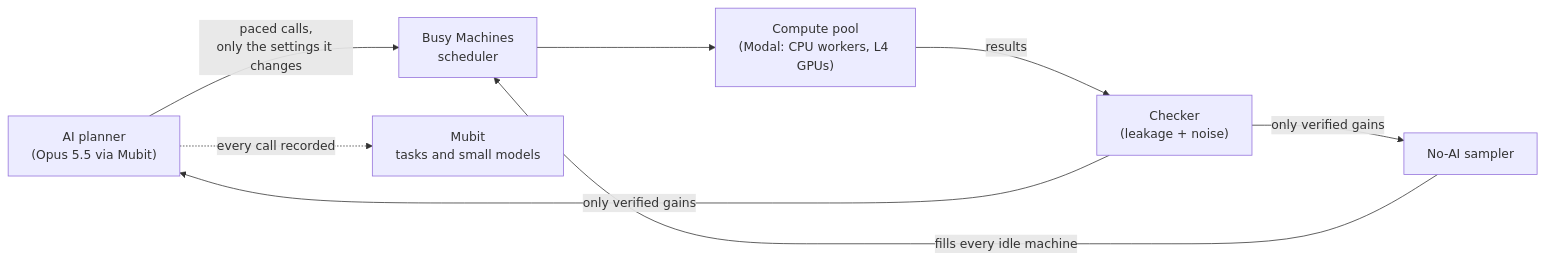
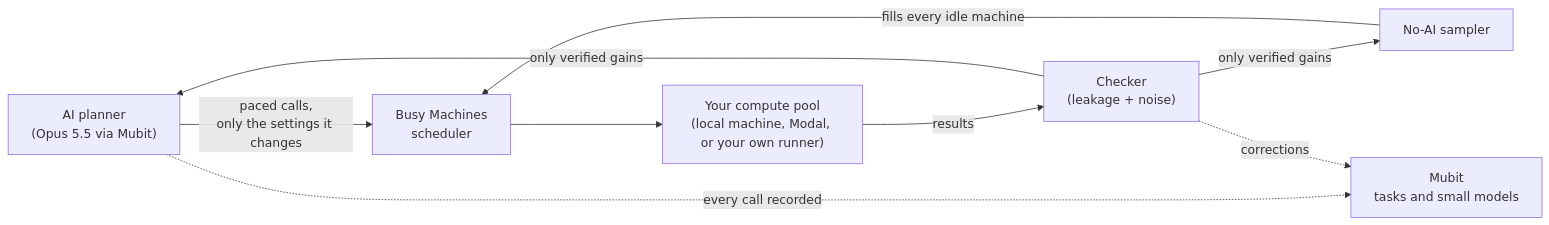
The diagram in README.md (londrwus/mubit_hack), drawn with Mermaid before and after one commit. The commit also changed other lines of this file, not shown here.

Commit message:
Expand README: problems we solve, integration options, compute pools, market; fewer images

````diff
--- a/README.md
+++ b/README.md
@@ -60,10 +90,11 @@
 ```mermaid
 flowchart LR
     A["AI planner<br/>(Opus 5.5 via Mubit)"] -- "paced calls,<br/>only the settings it changes" --> S["Busy Machines<br/>scheduler"]
     N["No-AI sampler"] -- "fills every idle machine" --> S
-    S --> M["Compute pool<br/>(Modal: CPU workers, L4 GPUs)"]
+    S --> M["Your compute pool<br/>(local machine, Modal, or your own runner)"]
     M -- "results" --> C["Checker<br/>(leakage + noise)"]
     C -- "only verified gains" --> A
     C -- "only verified gains" --> N
     A -. "every call recorded" .-> MU["Mubit<br/>tasks and small models"]
+    C -. "corrections" .-> MU
 ```
````
